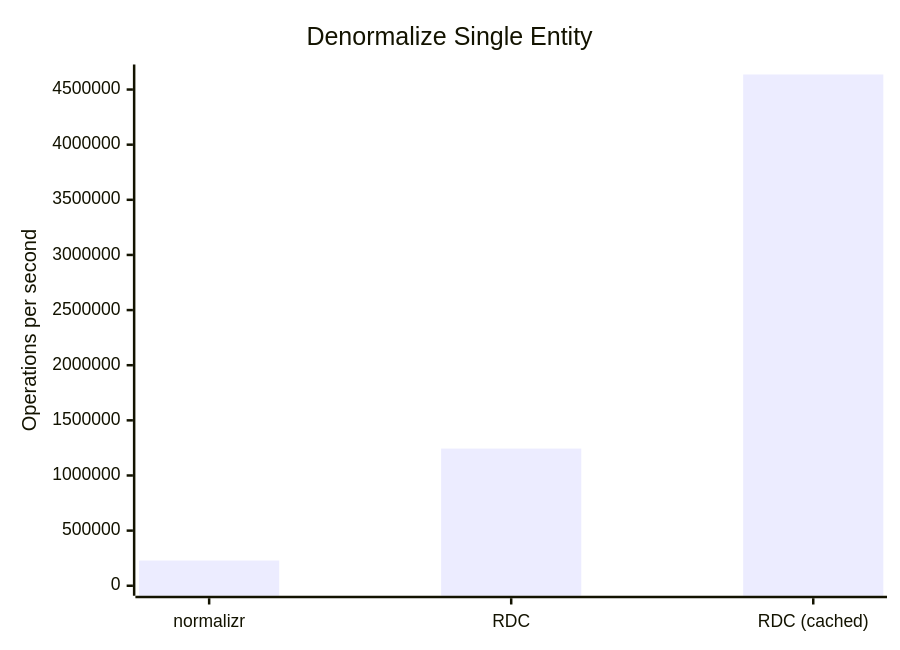
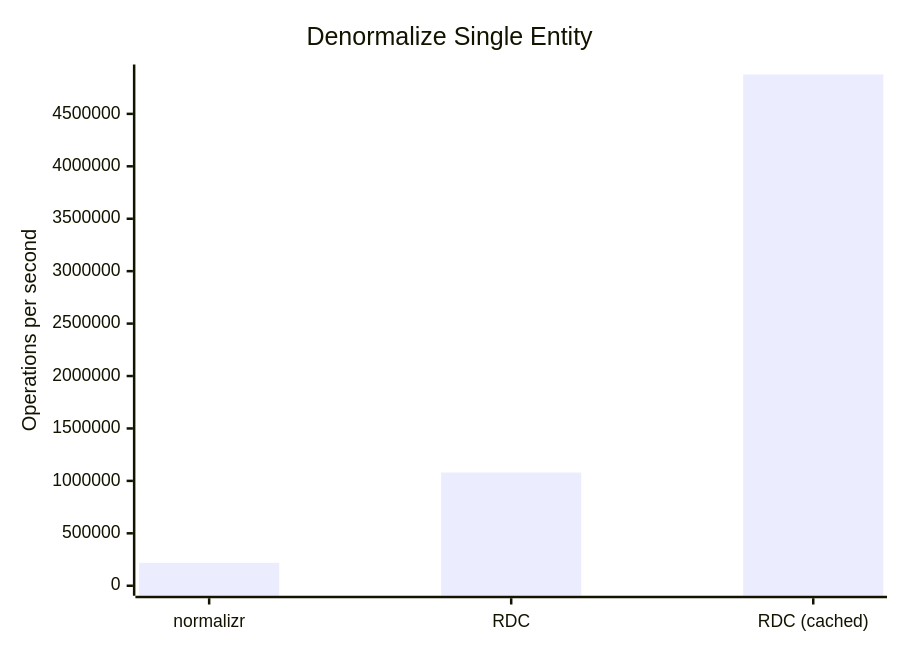
Before and after one commit to reactive/data-client: the first of 2 diagrams in docs/core/concepts/normalization.md, drawn with Mermaid. The commit also changed other lines of this file and 2 other files, not shown here.

Commit message:
docs: Update normalizr bench charts

````diff
--- a/docs/core/concepts/normalization.md
+++ b/docs/core/concepts/normalization.md
@@ -409,7 +409,7 @@
 ```mermaid
 xychart-beta
     title "Denormalize Single Entity"
     x-axis [normalizr, "RDC", "RDC (cached)"]
-    y-axis "Operations per second" 0 --> 4636333
-    bar [228833.3, 1243833.3, 4636333.3]
+    y-axis "Operations per second" 0 --> 4875500
+    bar [218500, 1079500, 4875500]
 ```
````
